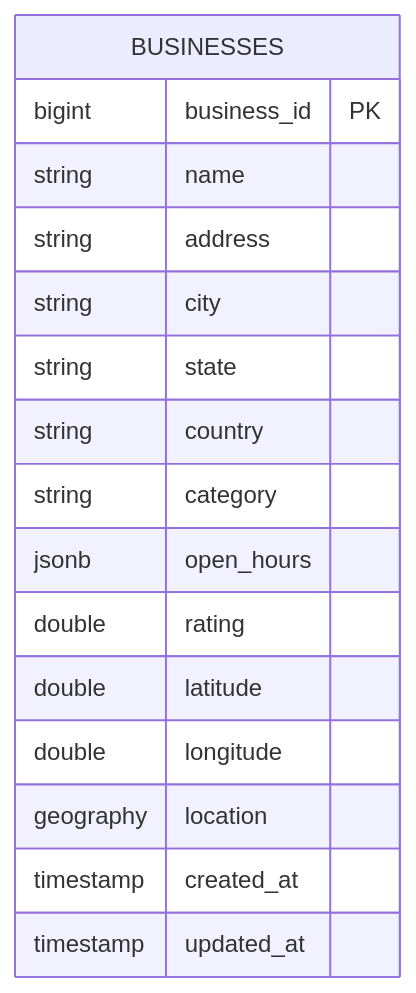
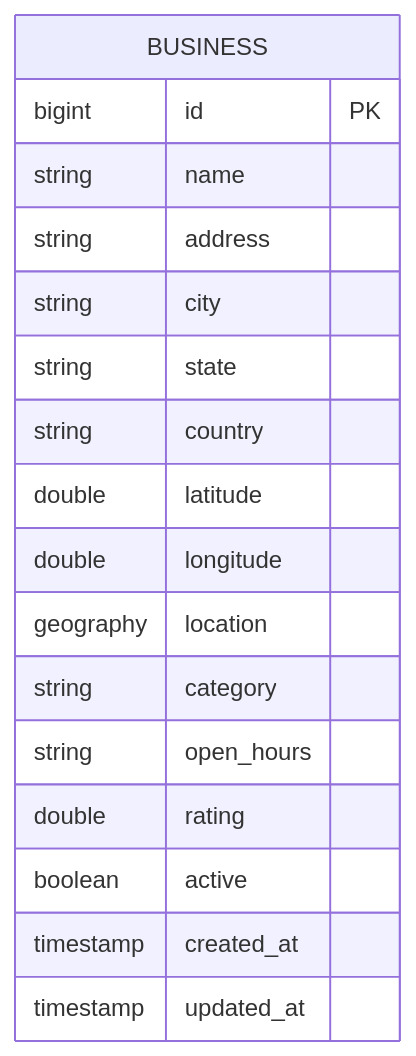
The fifth of 18 diagrams in HLD_NOTES/004_INTERVIEW_PROBLEMS/013_proximity_service_visual_notes.md (mthaiseer/springcloud-systemdesign-notes), drawn with Mermaid before and after one commit. The commit also changed other lines of this file and 1 other file, not shown here.

````diff
--- a/HLD_NOTES/004_INTERVIEW_PROBLEMS/013_proximity_service_visual_notes.md
+++ b/HLD_NOTES/004_INTERVIEW_PROBLEMS/013_proximity_service_visual_notes.md
@@ -220,19 +194,20 @@
 ```mermaid
 erDiagram
-    BUSINESSES {
-        bigint business_id PK
+    BUSINESS {
+        bigint id PK
         string name
         string address
         string city
         string state
         string country
-        string category
-        jsonb open_hours
-        double rating
         double latitude
         double longitude
         geography location
+        string category
+        string open_hours
+        double rating
+        boolean active
         timestamp created_at
         timestamp updated_at
     }
 ```
````
